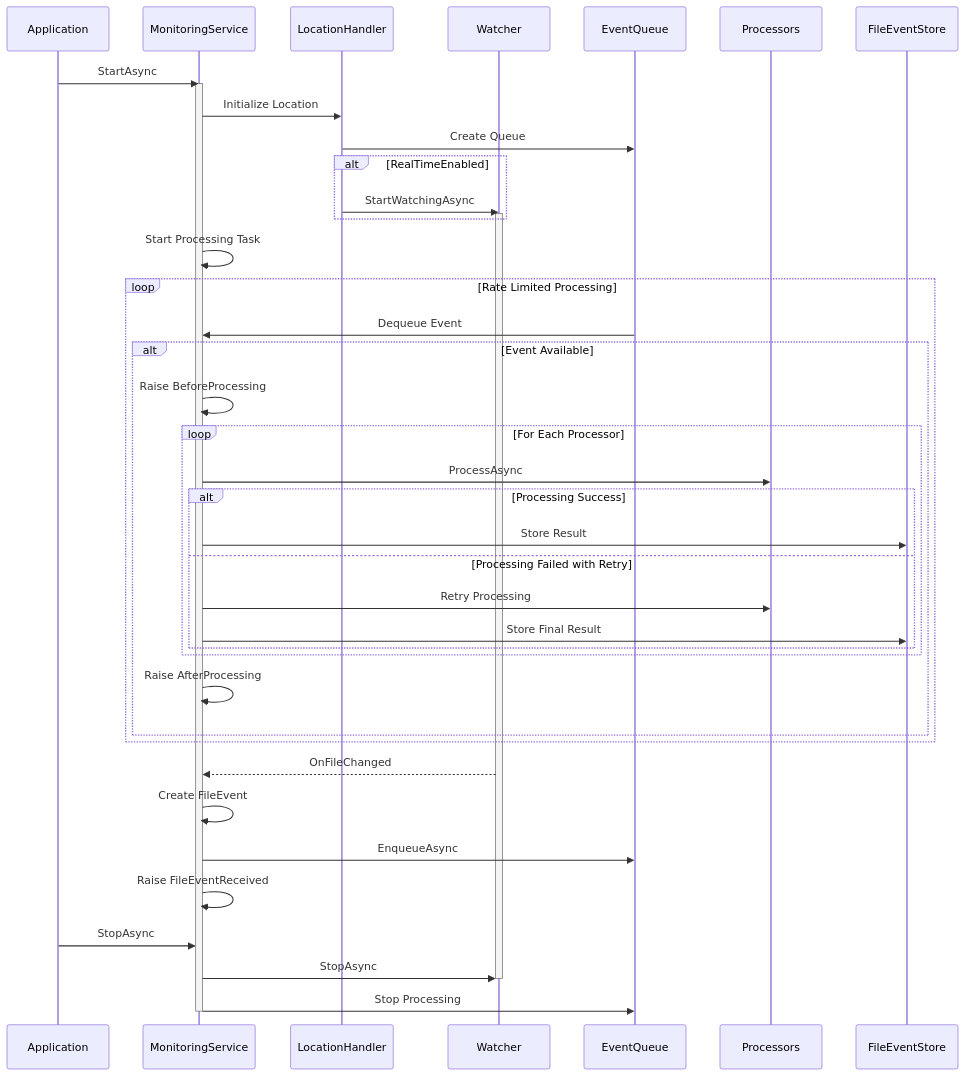
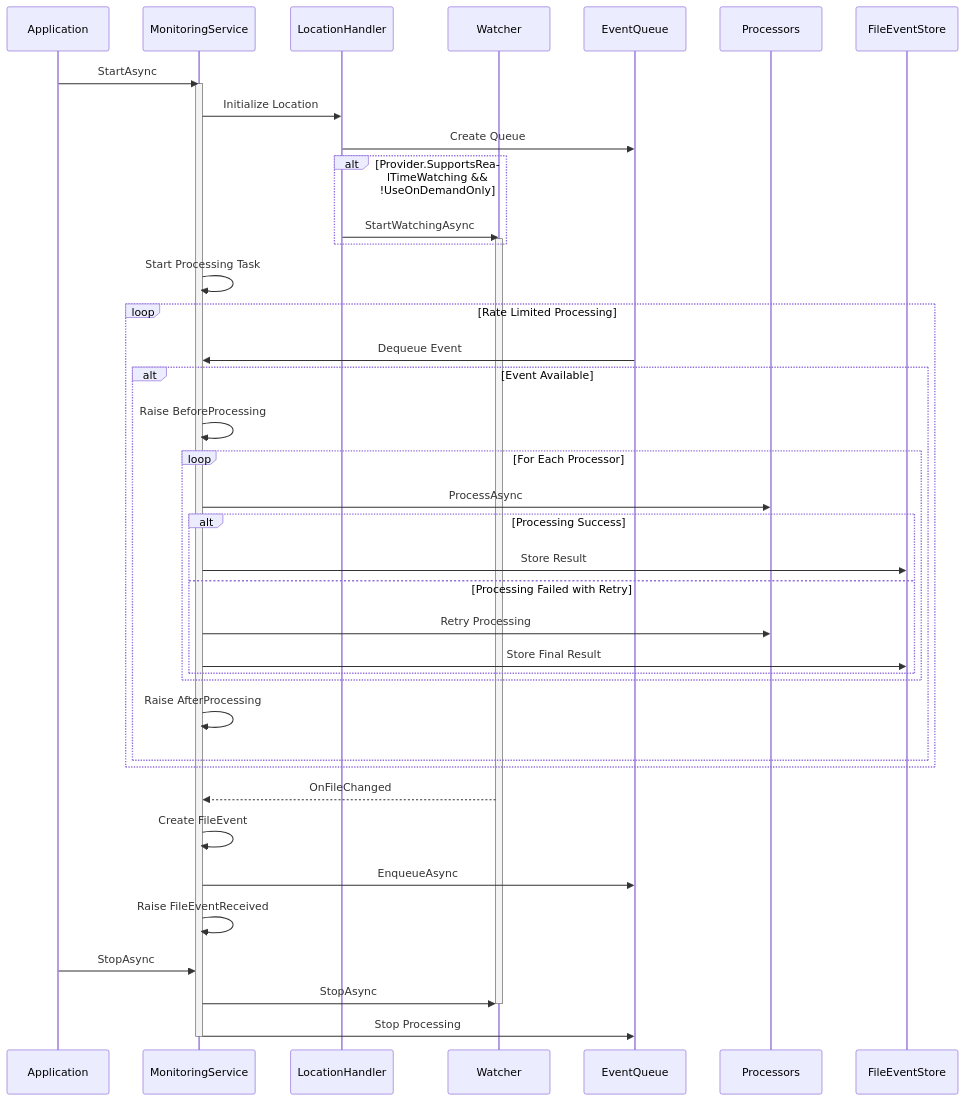
The fourth of 5 diagrams in src/Application.Storage/Monitoring/DESIGN.md (BridgingIT-GmbH/bITdevKit), drawn with Mermaid before and after one commit. The commit also changed other lines of this file and 1 other file, not shown here.

````diff
--- a/src/Application.Storage/Monitoring/DESIGN.md
+++ b/src/Application.Storage/Monitoring/DESIGN.md
@@ -98,56 +117,56 @@
 ```mermaid
 sequenceDiagram
     participant App as Application
     participant MS as MonitoringService
     participant Loc as LocationHandler
     participant W as Watcher
     participant Q as EventQueue
     participant P as Processors
     participant ST as FileEventStore
 
-        %% Startup with Watcher (if enabled)
+    %% Startup with Watcher (if enabled)
     App->>MS: StartAsync
     activate MS
     MS->>Loc: Initialize Location
     Loc->>Q: Create Queue
-    alt RealTimeEnabled
+    alt Provider.SupportsRealTimeWatching && !UseOnDemandOnly
         Loc->>W: StartWatchingAsync
         activate W
     end
 
     %% Start Processing
     MS->>MS: Start Processing Task
 
     loop Rate Limited Processing
         Q->>MS: Dequeue Event
 
         alt Event Available
             MS->>MS: Raise BeforeProcessing
 
             loop For Each Processor
                 MS->>P: ProcessAsync
                 alt Processing Success
                     MS->>ST: Store Result
                 else Processing Failed with Retry
                     MS->>P: Retry Processing
                     MS->>ST: Store Final Result
                 end
             end
 
             MS->>MS: Raise AfterProcessing
         end
     end
 
     %% Real-time Event Handling
     W-->>MS: OnFileChanged
     MS->>MS: Create FileEvent
     MS->>Q: EnqueueAsync
     MS->>MS: Raise FileEventReceived
 
     %% Shutdown
     App->>MS: StopAsync
     MS->>W: StopAsync
     deactivate W
     MS->>Q: Stop Processing
     deactivate MS
 ```
````
